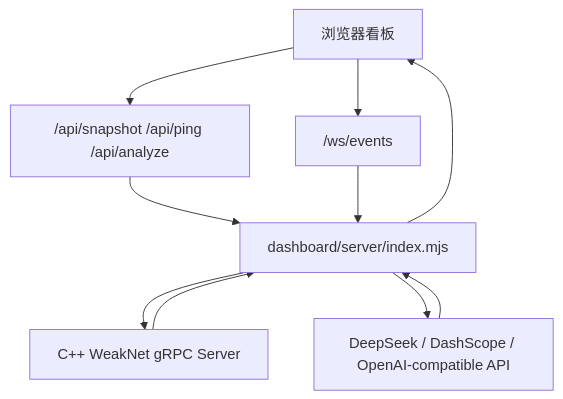
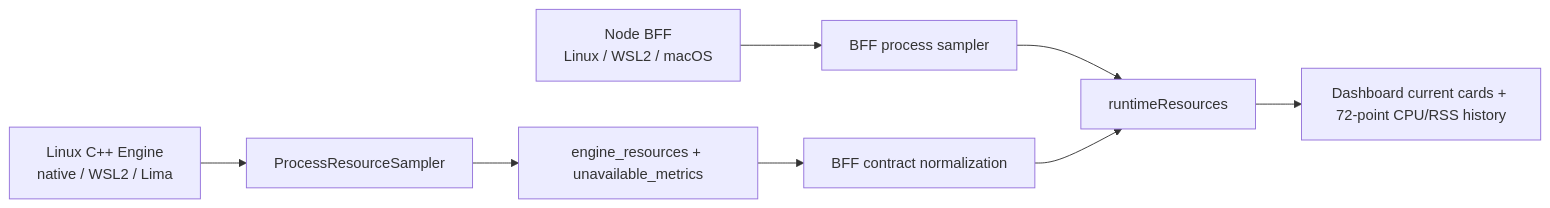
Before and after one commit to God1007/JaNet: diagram 12 of 15 in docs/network-diagnostics-engineering-architecture-review.md, drawn with Mermaid. The commit also changed other lines of this file and 44 other files, not shown here.

Commit message:
Add Linux runner and runtime observability

````diff
--- a/docs/network-diagnostics-engineering-architecture-review.md
+++ b/docs/network-diagnostics-engineering-architecture-review.md
@@ -1125,12 +523,10 @@
 ```mermaid
-flowchart TB
-    UI["浏览器看板"] --> REST["/api/snapshot /api/ping /api/analyze"]
-    UI --> WS["/ws/events"]
-    REST --> Node["dashboard/server/index.mjs"]
-    WS --> Node
-    Node --> GRPC["C++ WeakNet gRPC Server"]
-    Node --> AI["DeepSeek / DashScope / OpenAI-compatible API"]
-    GRPC --> Node
-    AI --> Node
-    Node --> UI
+flowchart LR
+    Engine["Linux C++ Engine\nnative / WSL2 / Lima"] --> Sampler["ProcessResourceSampler"]
+    Sampler --> Proto["engine_resources + unavailable_metrics"]
+    Proto --> Normalize["BFF contract normalization"]
+    Node["Node BFF\nLinux / WSL2 / macOS"] --> NodeSampler["BFF process sampler"]
+    NodeSampler --> Merge["runtimeResources"]
+    Normalize --> Merge
+    Merge --> UI["Dashboard current cards + 72-point CPU/RSS history"]
 ```
````
